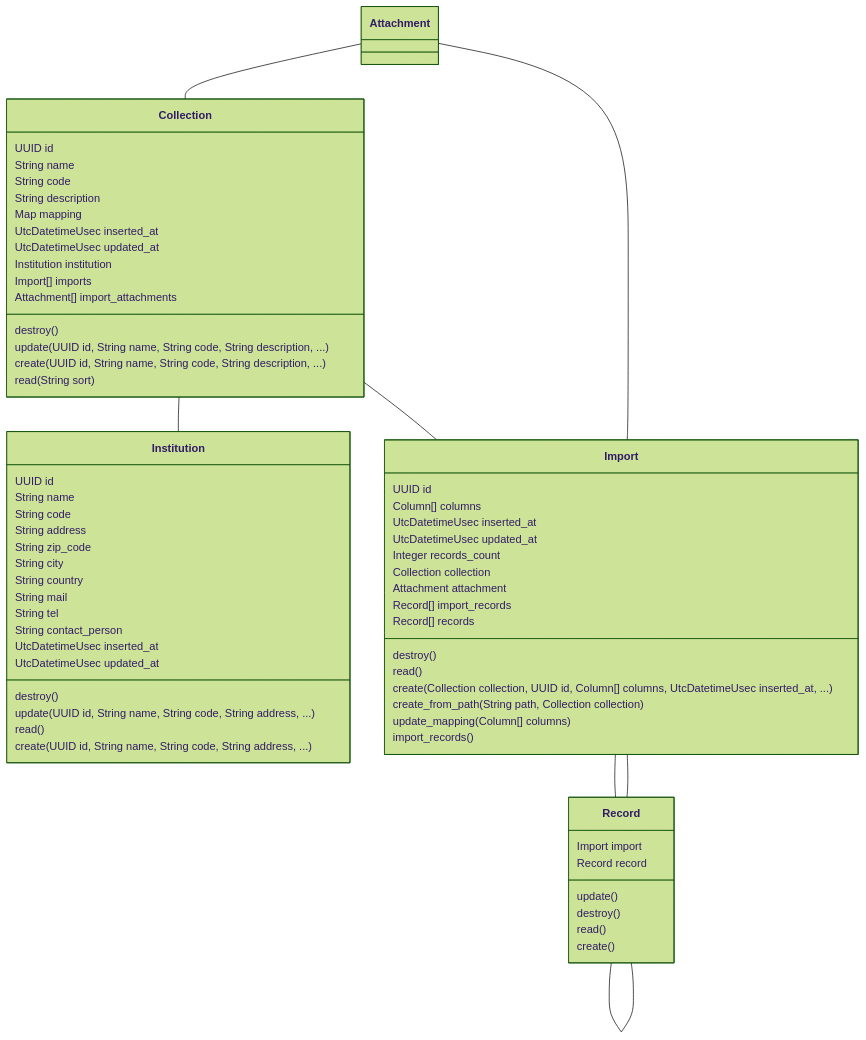
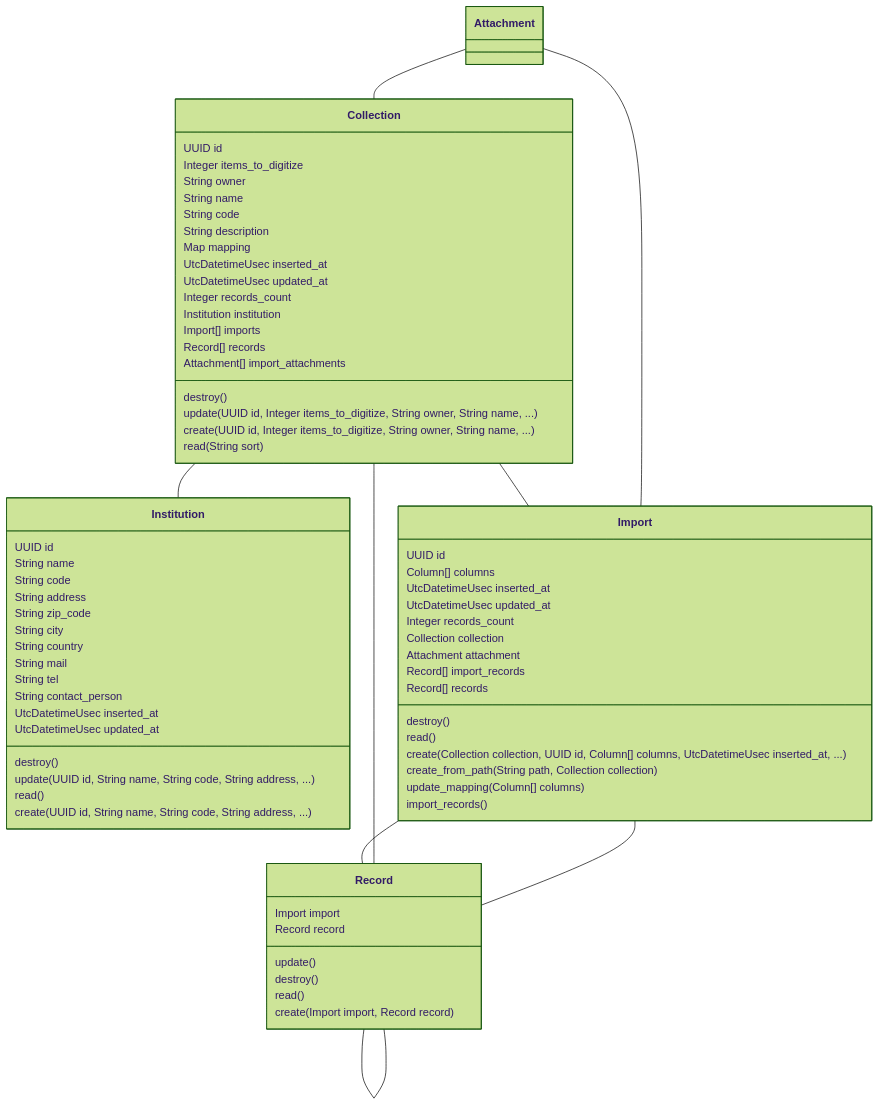
The diagram in lib/data_aggregator/platform/platform-mermaid-class-diagram.md (zebbra/data_aggregator), drawn with Mermaid (forest theme) before and after one commit. The commit also changed 11 other files, not shown here.

Commit message:
Optimize record bulk import

````diff
--- a/lib/data_aggregator/platform/platform-mermaid-class-diagram.md
+++ b/lib/data_aggregator/platform/platform-mermaid-class-diagram.md
@@ -1,71 +1,76 @@
 ```mermaid
 classDiagram
     class Institution {
         UUID id
         String name
         String code
         String address
         String zip_code
         String city
         String country
         String mail
         String tel
         String contact_person
         UtcDatetimeUsec inserted_at
         UtcDatetimeUsec updated_at
         destroy()
         update(UUID id, String name, String code, String address, ...)
         read()
         create(UUID id, String name, String code, String address, ...)
     }
     class Collection {
         UUID id
+        Integer items_to_digitize
+        String owner
         String name
         String code
         String description
         Map mapping
         UtcDatetimeUsec inserted_at
         UtcDatetimeUsec updated_at
+        Integer records_count
         Institution institution
         Import[] imports
+        Record[] records
         Attachment[] import_attachments
         destroy()
-        update(UUID id, String name, String code, String description, ...)
-        create(UUID id, String name, String code, String description, ...)
+        update(UUID id, Integer items_to_digitize, String owner, String name, ...)
+        create(UUID id, Integer items_to_digitize, String owner, String name, ...)
         read(String sort)
     }
     class Import {
         UUID id
         Column[] columns
         UtcDatetimeUsec inserted_at
         UtcDatetimeUsec updated_at
         Integer records_count
         Collection collection
         Attachment attachment
         Record[] import_records
         Record[] records
         destroy()
         read()
         create(Collection collection, UUID id, Column[] columns, UtcDatetimeUsec inserted_at, ...)
         create_from_path(String path, Collection collection)
         update_mapping(Column[] columns)
         import_records()
     }
     class Record {
         Import import
         Record record
         update()
         destroy()
         read()
-        create()
+        create(Import import, Record record)
     }
 
+    Record -- Collection
     Record -- Import
     Record -- Record
     Attachment -- Collection
     Attachment -- Import
     Collection -- Import
     Collection -- Institution
     Import -- Record
 
 ```
````
